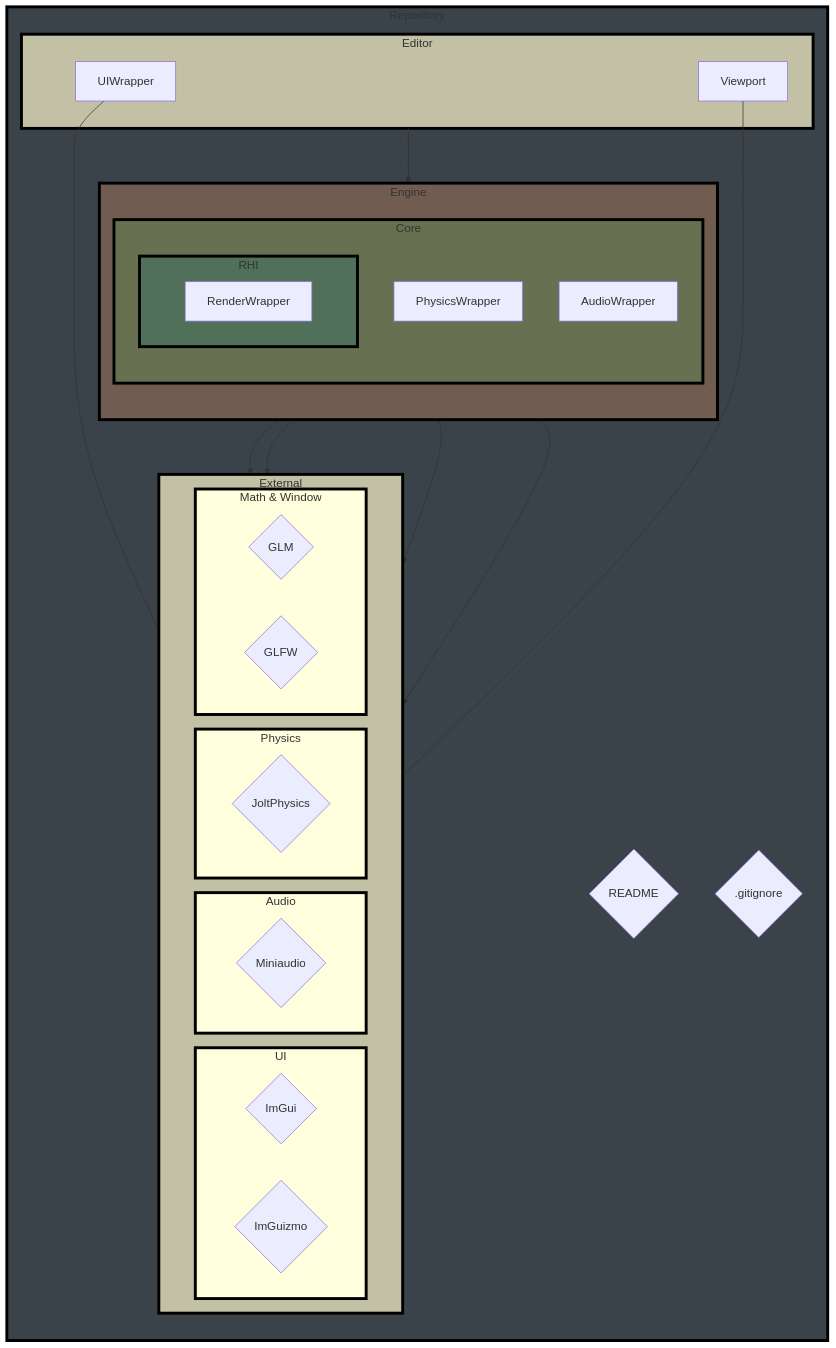
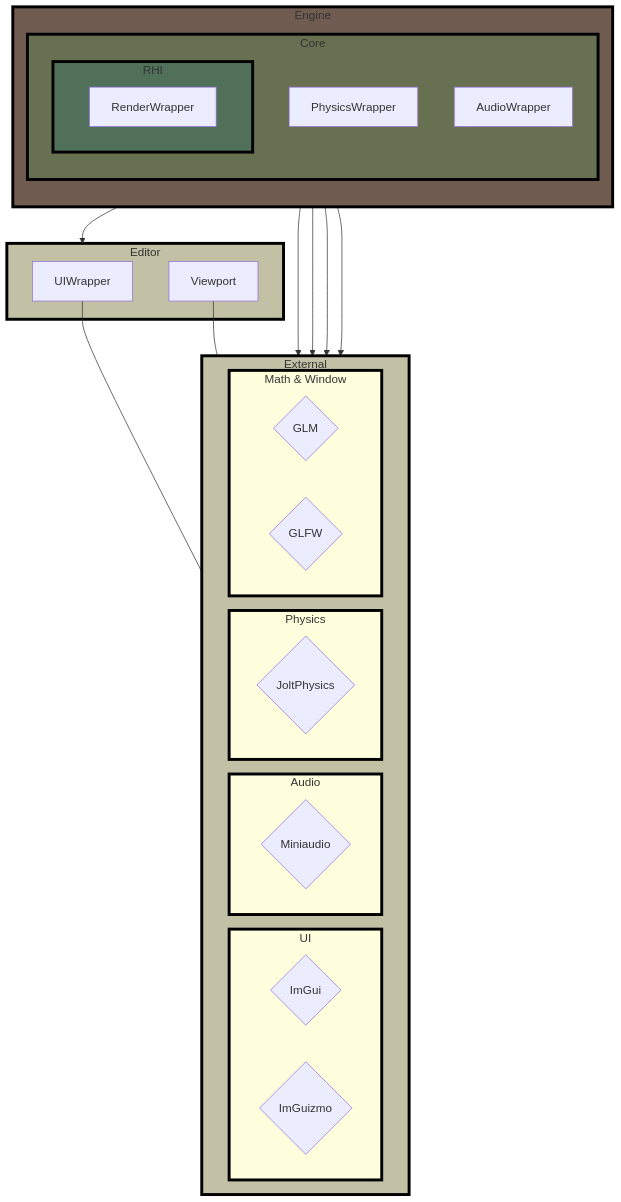
One commit to LowLevelDevTeam/GCEP changed the first of 2 diagrams in README.md. Above: the diagram before and after it, drawn with Mermaid. The commit also changed other lines of this file, not shown here.

````diff
--- a/README.md
+++ b/README.md
@@ -98,74 +99,68 @@
 ```mermaid
 graph TB
-    subgraph Repo [Repository]
 
 
-        direction TB
 
     %% --- ENGINE ---
         subgraph Engine [Engine]
             direction TB
             subgraph Core [Core]
                 subgraph RHI[RHI]
                     RenderW[RenderWrapper]
                 end
                 PhysW[PhysicsWrapper]
                 AudioW[AudioWrapper]
             end
 
 
         end
 
     %% --- EXTERNAL ---
         subgraph Dependencies [External]
             direction LR
             subgraph UI_Lib [UI]
                 ImGui{ImGui}
                 ImGuizmo{ImGuizmo}
             end
             subgraph Audio_Lib [Audio]
                 Miniaudio{Miniaudio}
             end
             subgraph Physics_Lib [Physics]
                 JoltPhysics{JoltPhysics}
             end
             subgraph Math_Window [Math & Window]
                 GLM{GLM}
                 GLFW{GLFW}
             end
         end
 
     %% --- EDITOR ---
         subgraph Editor [Editor]
             UIW[UIWrapper]
             Viewport[Viewport]
         end
 
     %% --- LIAISONS LOGIQUES (CONNECTIVITY) ---
     %% L'Editor utilise l'Engine et les Libs
-        Editor --> Engine
+        Engine --> Editor
         UIW --- ImGui
         Viewport --- ImGuizmo
 
     %% L'Engine utilise les Libs
         Engine --> GLFW
         Engine --> GLM
         PhysW --> JoltPhysics
         AudioW --> Miniaudio
-        README{README}
-        GitIgnore{.gitignore}
 
-    end
 
 %% --- STYLES ---
-    style Repo fill:#3a424a,stroke:#000,stroke-width:4px
     style Engine fill:#705c51,stroke:#000,stroke-width:4px
     style Dependencies fill:#c2c1a5,stroke:#000, stroke-width:4px
     style Editor fill:#c2c1a5,stroke:#000,stroke-width:4px
     style Core fill:#677051,stroke:#000,stroke-width:4px
     style RHI fill:#517059,stroke:#000, stroke-width: 4px
     style Physics_Lib stroke:#000, stroke-width: 4px
     style Audio_Lib stroke:#000, stroke-width: 4px
     style UI_Lib stroke:#000, stroke-width: 4px
     style Math_Window stroke:#000, stroke-width: 4px
 ```
````
